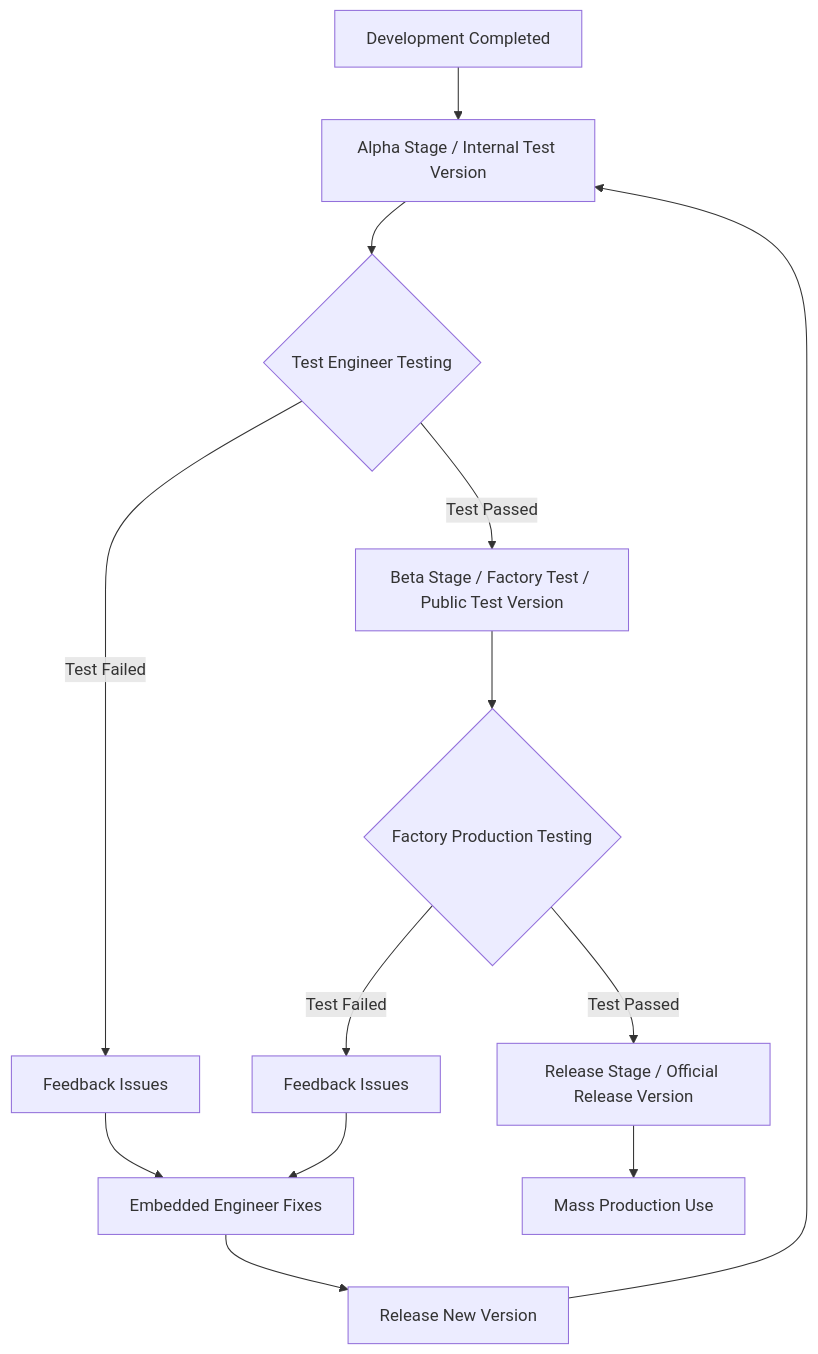
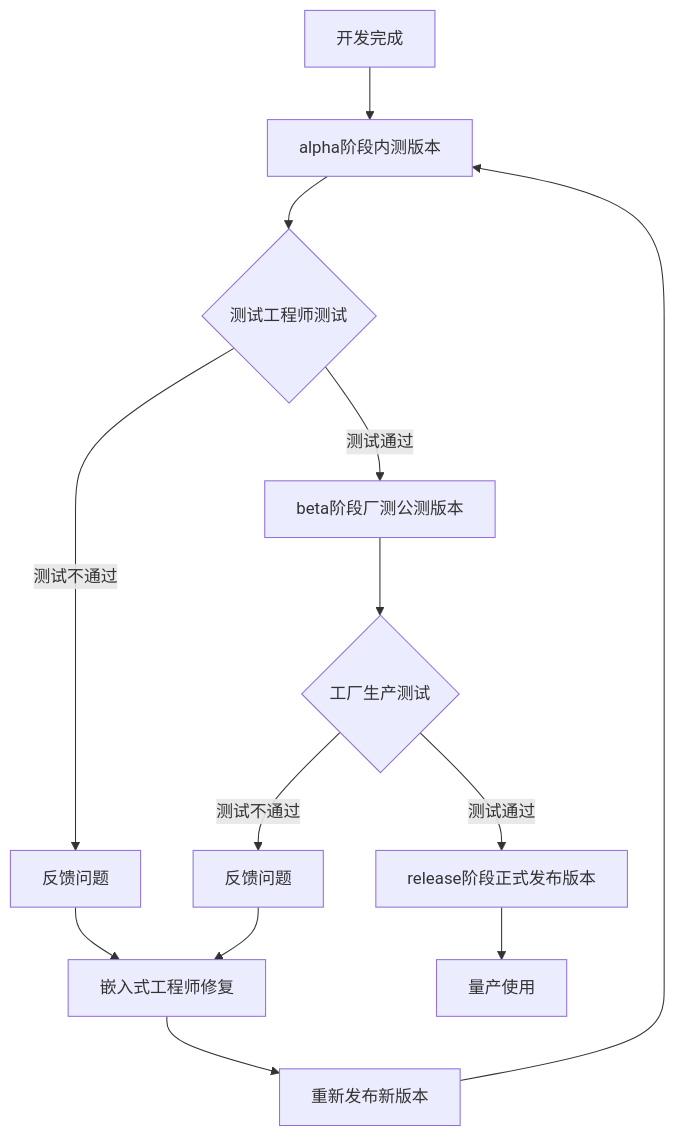
The diagram in README.md (drinktoomuchsax/Tangible-Future-Embedded-Dev-Guidelines), drawn with Mermaid before and after one commit.

Commit message:
doc: 更新README.md中的流程图，删除斜杠/

````diff
--- a/README.md
+++ b/README.md
@@ -92,17 +92,17 @@
 ```mermaid
 graph TD
-    A[Development Completed] --> B[Alpha Stage / Internal Test Version]
-    B --> C{Test Engineer Testing}
-    C -->|Test Passed| D[Beta Stage / Factory Test / Public Test Version]
-    C -->|Test Failed| E[Feedback Issues]
-    E --> F[Embedded Engineer Fixes]
-    F --> G[Release New Version]
+    A[开发完成] --> B[alpha阶段内测版本]
+    B --> C{测试工程师测试}
+    C -->|测试通过| D[beta阶段厂测公测版本]
+    C -->|测试不通过| E[反馈问题]
+    E --> F[嵌入式工程师修复]
+    F --> G[重新发布新版本]
     G --> B
-
-    D --> H{Factory Production Testing}
-    H -->|Test Passed| I[Release Stage / Official Release Version]
-    H -->|Test Failed| J[Feedback Issues]
+    
+    D --> H{工厂生产测试}
+    H -->|测试通过| I[release阶段正式发布版本]
+    H -->|测试不通过| J[反馈问题]
     J --> F
-
-    I --> K[Mass Production Use]
+    
+    I --> K[量产使用]
 ```
````
